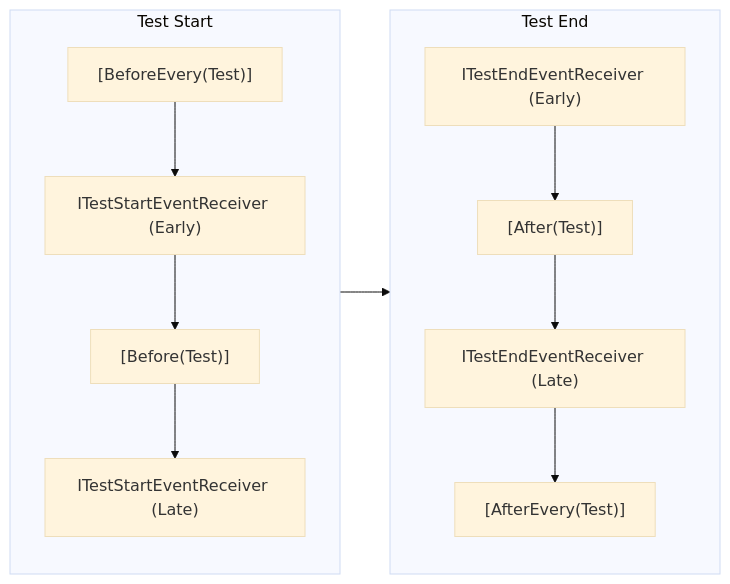
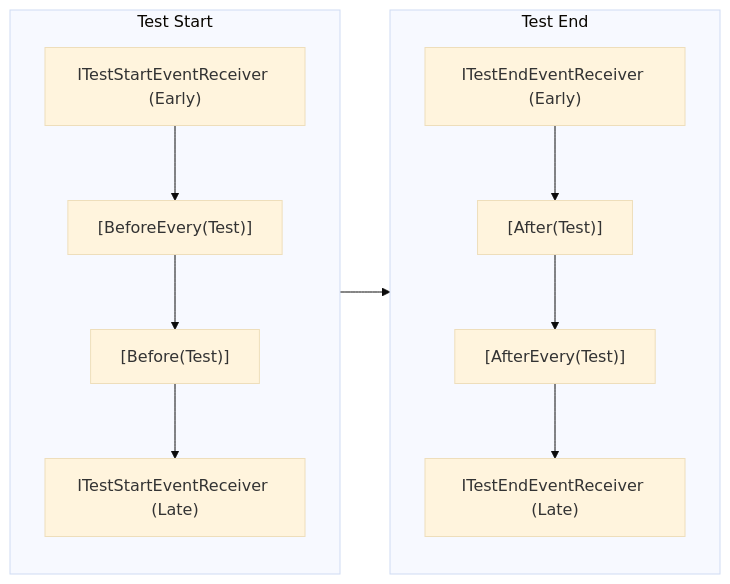
Before and after one commit to thomhurst/TUnit: the tenth of 10 diagrams in docs/docs/writing-tests/lifecycle.md, drawn with Mermaid (base theme). The commit also changed other lines of this file and 24 other files, not shown here.

````diff
--- a/docs/docs/writing-tests/lifecycle.md
+++ b/docs/docs/writing-tests/lifecycle.md
@@ -304,22 +304,22 @@
 ```mermaid
 flowchart LR
     subgraph TestStart["Test Start"]
         direction TB
-        A1["[BeforeEvery(Test)]"]
-        A2["ITestStartEventReceiver (Early)"]
+        A1["ITestStartEventReceiver (Early)"]
+        A2["[BeforeEvery(Test)]"]
         A3["[Before(Test)]"]
         A4["ITestStartEventReceiver (Late)"]
         A1 --> A2 --> A3 --> A4
     end
 
     subgraph TestEnd["Test End"]
         direction TB
         B1["ITestEndEventReceiver (Early)"]
         B2["[After(Test)]"]
-        B3["ITestEndEventReceiver (Late)"]
-        B4["[AfterEvery(Test)]"]
+        B3["[AfterEvery(Test)]"]
+        B4["ITestEndEventReceiver (Late)"]
         B1 --> B2 --> B3 --> B4
     end
 
     TestStart --> TestEnd
 ```
````
